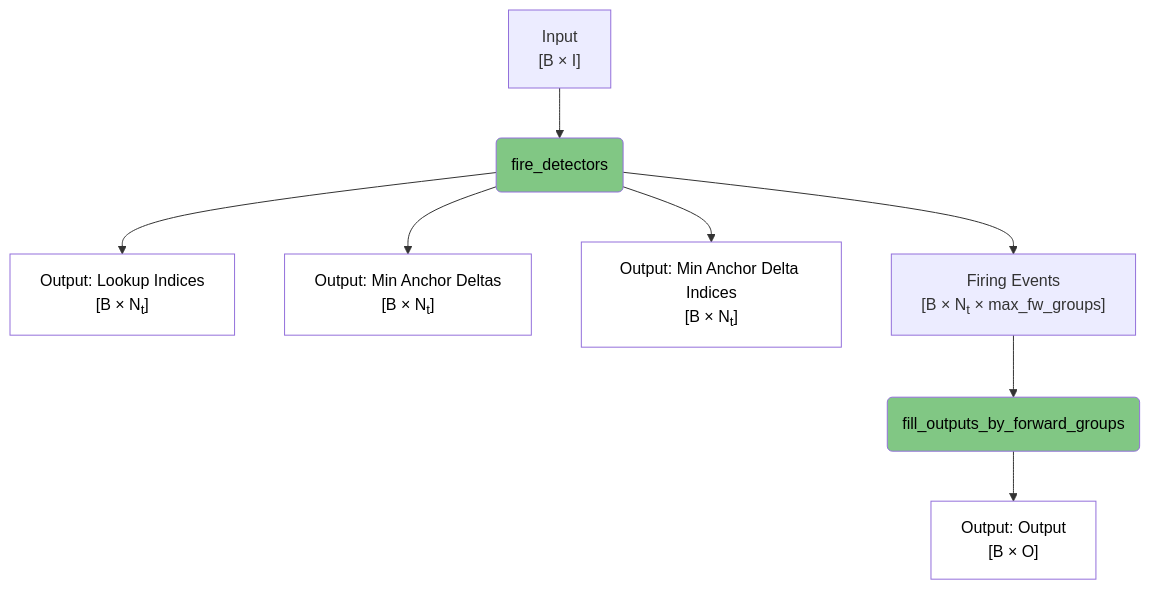
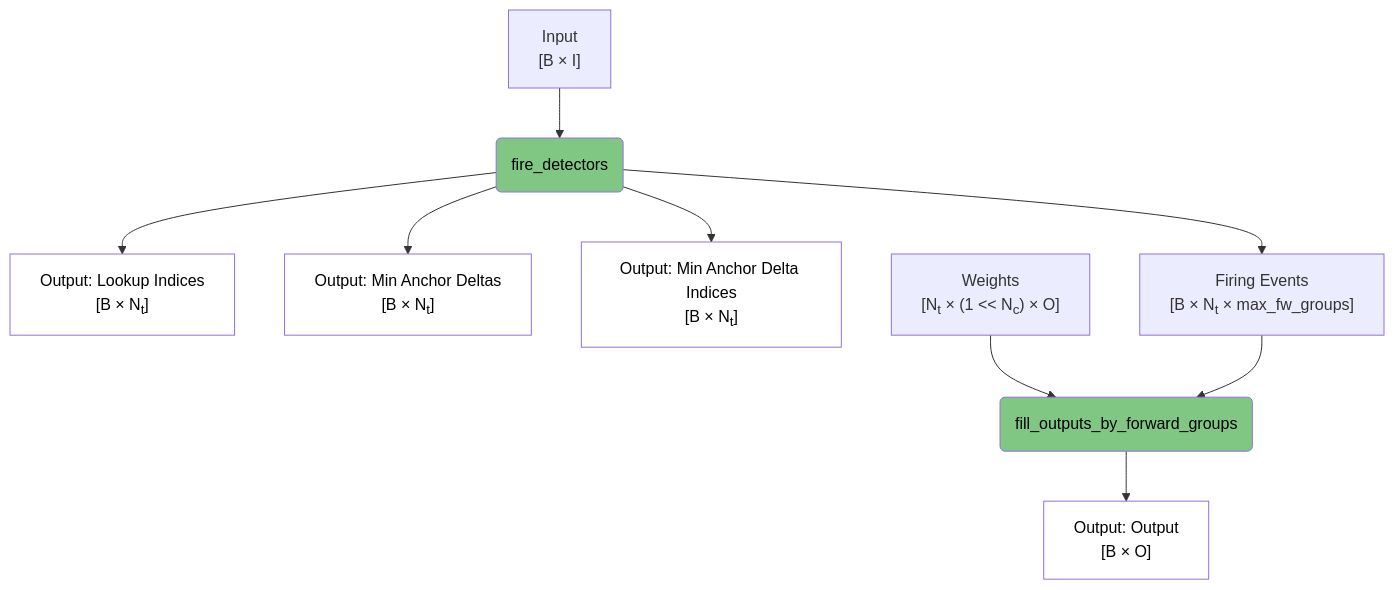
The second of 6 diagrams in spiky_cuda/lut/doc/LUT_RUNTIME_DATA_FLOW.md (anatoli-starostin/spiky), drawn with Mermaid before and after one commit. The commit also changed other lines of this file, not shown here.

````diff
--- a/spiky_cuda/lut/doc/LUT_RUNTIME_DATA_FLOW.md
+++ b/spiky_cuda/lut/doc/LUT_RUNTIME_DATA_FLOW.md
@@ -31,20 +32,21 @@
 ```mermaid
 flowchart TD
     A["Input<br/>[B × I]"] --> B(fire_detectors)
     
     B --> C["Output: Lookup Indices<br/>[B × N<sub>t</sub>]"]
     B --> D["Output: Min Anchor Deltas<br/>[B × N<sub>t</sub>]"]
     B --> E["Output: Min Anchor Delta Indices<br/>[B × N<sub>t</sub>]"]
     B --> F["Firing Events<br/>[B × N<sub>t</sub> × max_fw_groups]"]
     
-    F --> G(fill_outputs_by_forward_groups)
+    W2["Weights<br/>[N<sub>t</sub> × (1 << N<sub>c</sub>) × O]"] --> G(fill_outputs_by_forward_groups)
+    F --> G
     
     G --> H["Output: Output<br/>[B × O]"]
     
     style B fill:#81c784,color:#000000
     style G fill:#81c784,color:#000000
     style C fill:#ffffff,color:#000000
     style D fill:#ffffff,color:#000000
     style E fill:#ffffff,color:#000000
     style H fill:#ffffff,color:#000000
 ```
````
